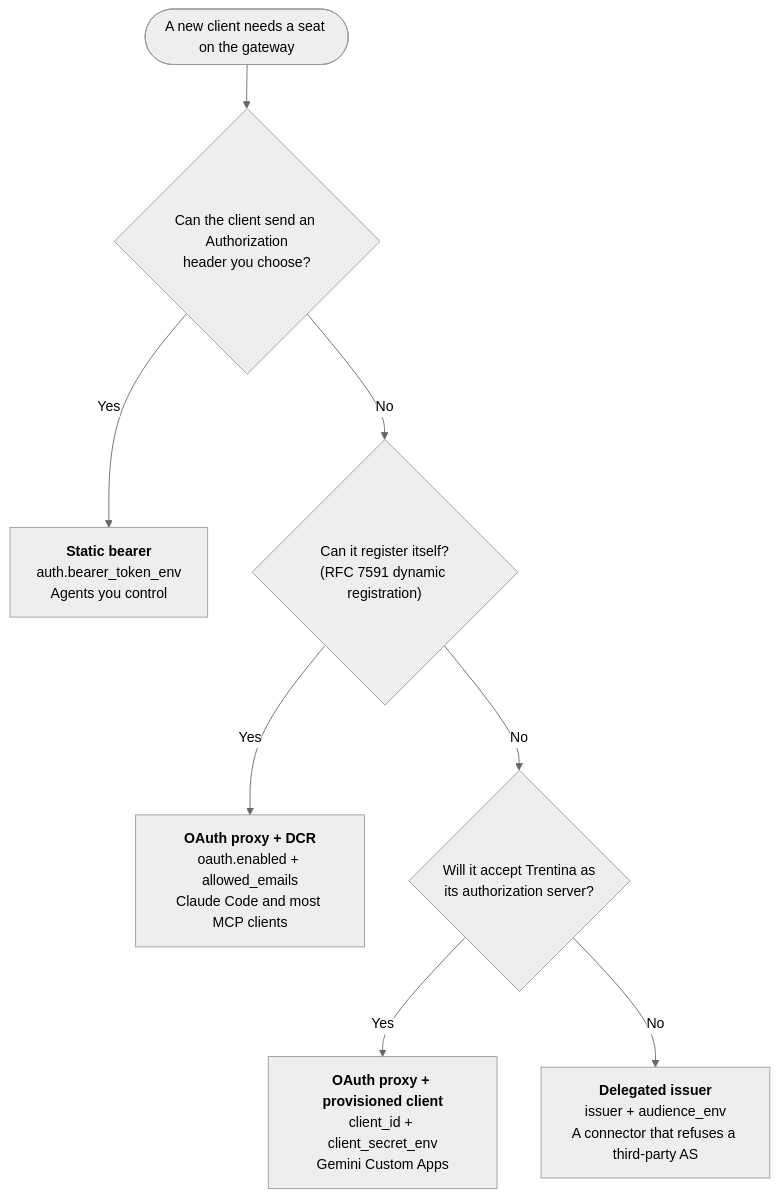
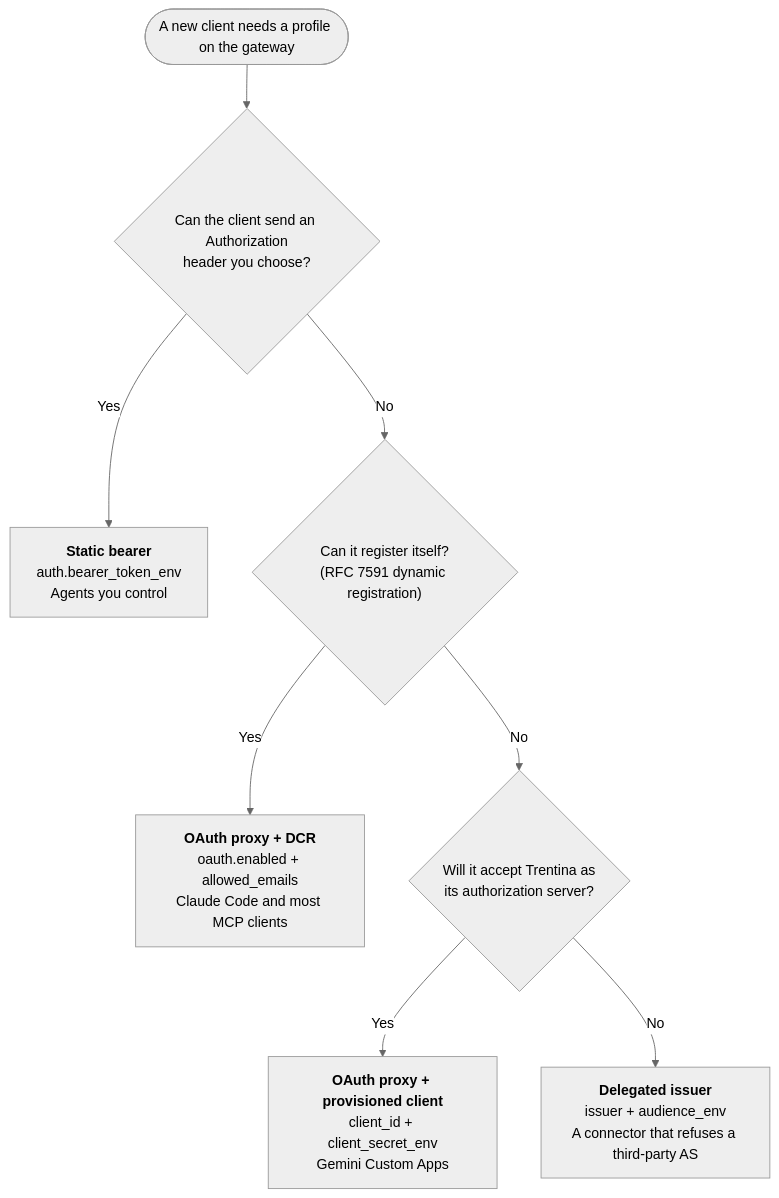
Before and after one commit to crunchtools/trentina: the first of 4 diagrams in docs/authentication.md, drawn with Mermaid (neutral theme). The commit also changed other lines of this file and 71 other files, not shown here.

````diff
--- a/docs/authentication.md
+++ b/docs/authentication.md
@@ -28,14 +28,14 @@
 ```mermaid
 flowchart TD
-    A([A new client needs a seat on the gateway]) --> D1
+    A([A new client needs a profile on the gateway]) --> D1
     D1{"Can the client send an Authorization<br/>header you choose?"} -- Yes --> P1
     D1 -- No --> D2
     D2{"Can it register itself?<br/>(RFC 7591 dynamic registration)"} -- Yes --> P2
     D2 -- No --> D3
     D3{"Will it accept Trentina as<br/>its authorization server?"} -- Yes --> P3
     D3 -- No --> P4
     P1["<b>Static bearer</b><br/>auth.bearer_token_env<br/>Agents you control"]
     P2["<b>OAuth proxy + DCR</b><br/>oauth.enabled + allowed_emails<br/>Claude Code and most MCP clients"]
     P3["<b>OAuth proxy + provisioned client</b><br/>client_id + client_secret_env<br/>Gemini Custom Apps"]
     P4["<b>Delegated issuer</b><br/>issuer + audience_env<br/>A connector that refuses a third-party AS"]
 ```
````
